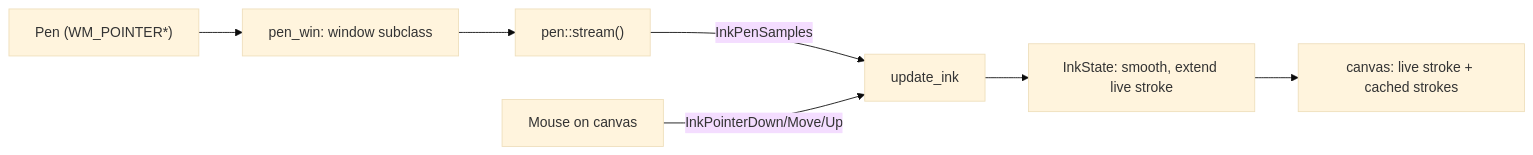
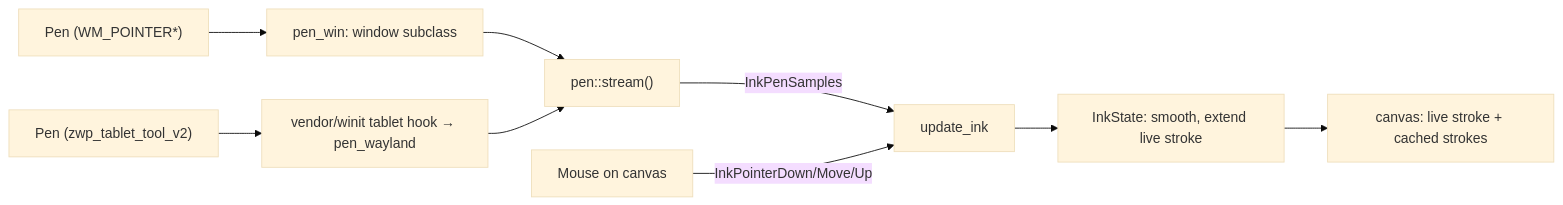
Before and after one commit to Suranjan77/md-editor: the diagram in wiki/Handwritten-Notes.md, drawn with Mermaid (base theme). The commit also changed other lines of this file and 37 other files, not shown here.

````diff
--- a/wiki/Handwritten-Notes.md
+++ b/wiki/Handwritten-Notes.md
@@ -60,9 +73,11 @@
 ```mermaid
 flowchart LR
     Pen["Pen (WM_POINTER*)"] --> Hook["pen_win: window subclass"]
+    Tablet["Pen (zwp_tablet_tool_v2)"] --> WHook["vendor/winit tablet hook → pen_wayland"]
     Hook --> Stream["pen::stream()"]
+    WHook --> Stream
     Stream -->|"InkPenSamples"| Update["update_ink"]
     Mouse["Mouse on canvas"] -->|"InkPointerDown/Move/Up"| Update
     Update --> State["InkState: smooth, extend live stroke"]
     State --> Canvas["canvas: live stroke + cached strokes"]
 ```
````
